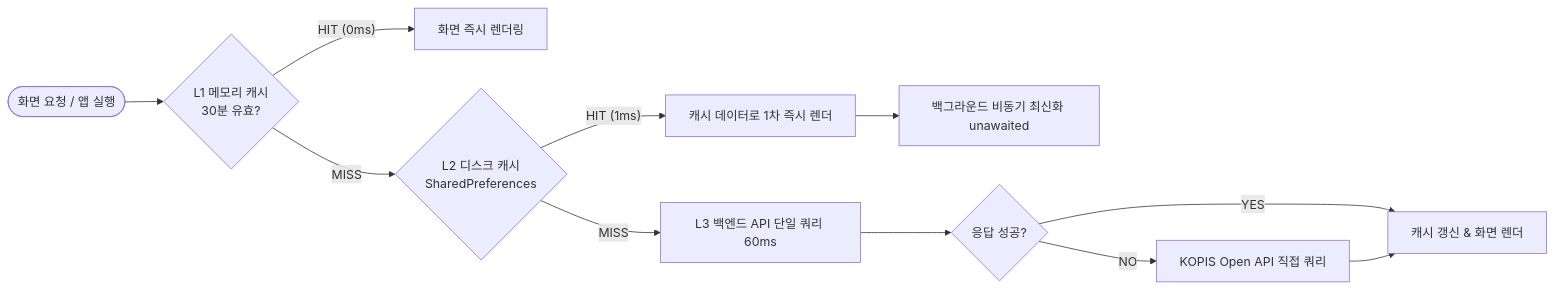
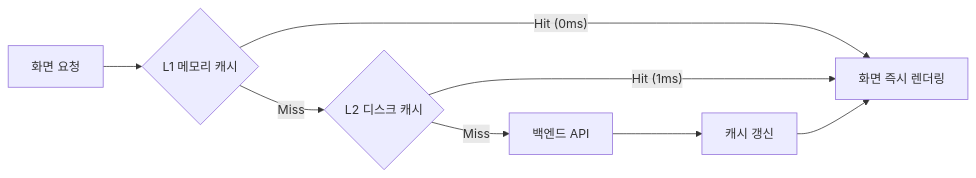
Before and after one commit to Forevernewvie/u-art: the second of 4 diagrams in README.md, drawn with Mermaid. The commit also changed other lines of this file, not shown here.

Commit message:
fix: resolve GitHub Mermaid syntax errors by fully quoting all labels and using bulletproof standard syntax

````diff
--- a/README.md
+++ b/README.md
@@ -72,15 +60,10 @@
 ```mermaid
 flowchart LR
-    Request([화면 요청 / 앱 실행]) --> L1{L1 메모리 캐시<br>30분 유효?}
-    L1 -- HIT (0ms) --> Render[화면 즉시 렌더링]
-    
-    L1 -- MISS --> L2{L2 디스크 캐시<br>SharedPreferences}
-    L2 -- HIT (1ms) --> RenderFast[캐시 데이터로 1차 즉시 렌더]
-    RenderFast --> BackgroundFetch[백그라운드 비동기 최신화 unawaited]
-    
-    L2 -- MISS --> Network[L3 백엔드 API 단일 쿼리 60ms]
-    Network --> Fallback{응답 성공?}
-    Fallback -- YES --> UpdateCache[캐시 갱신 & 화면 렌더]
-    Fallback -- NO --> KopisDirect[KOPIS Open API 직접 쿼리]
-    KopisDirect --> UpdateCache
+    Start["화면 요청"] --> L1{"L1 메모리 캐시"}
+    L1 -->|"Hit (0ms)"| UI["화면 즉시 렌더링"]
+    L1 -->|"Miss"| L2{"L2 디스크 캐시"}
+    L2 -->|"Hit (1ms)"| UI
+    L2 -->|"Miss"| API["백엔드 API"]
+    API --> Update["캐시 갱신"]
+    Update --> UI
 ```
````
